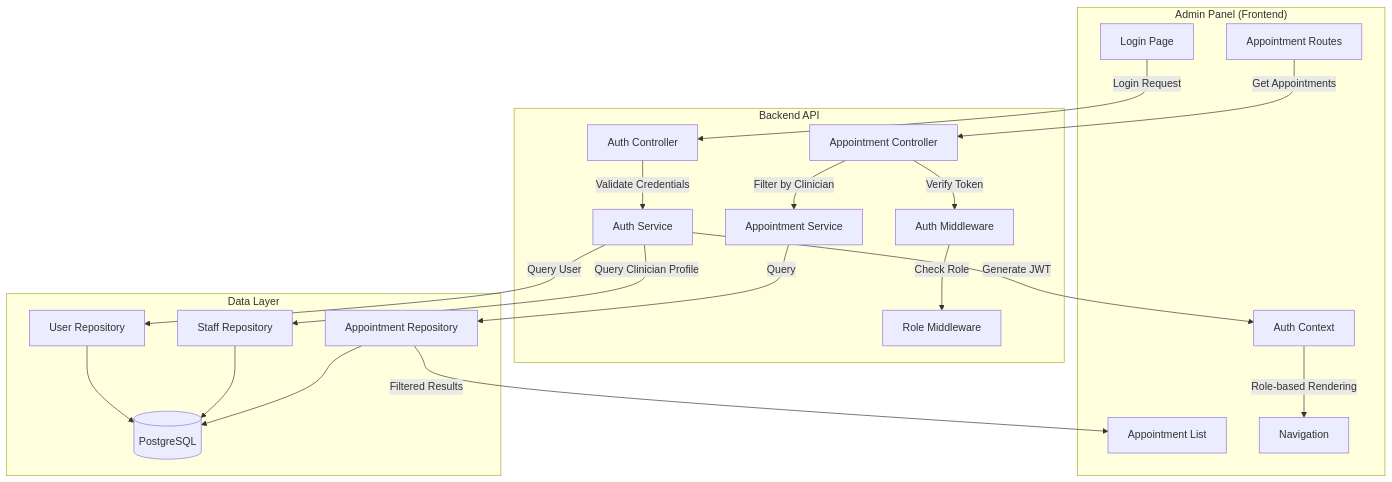
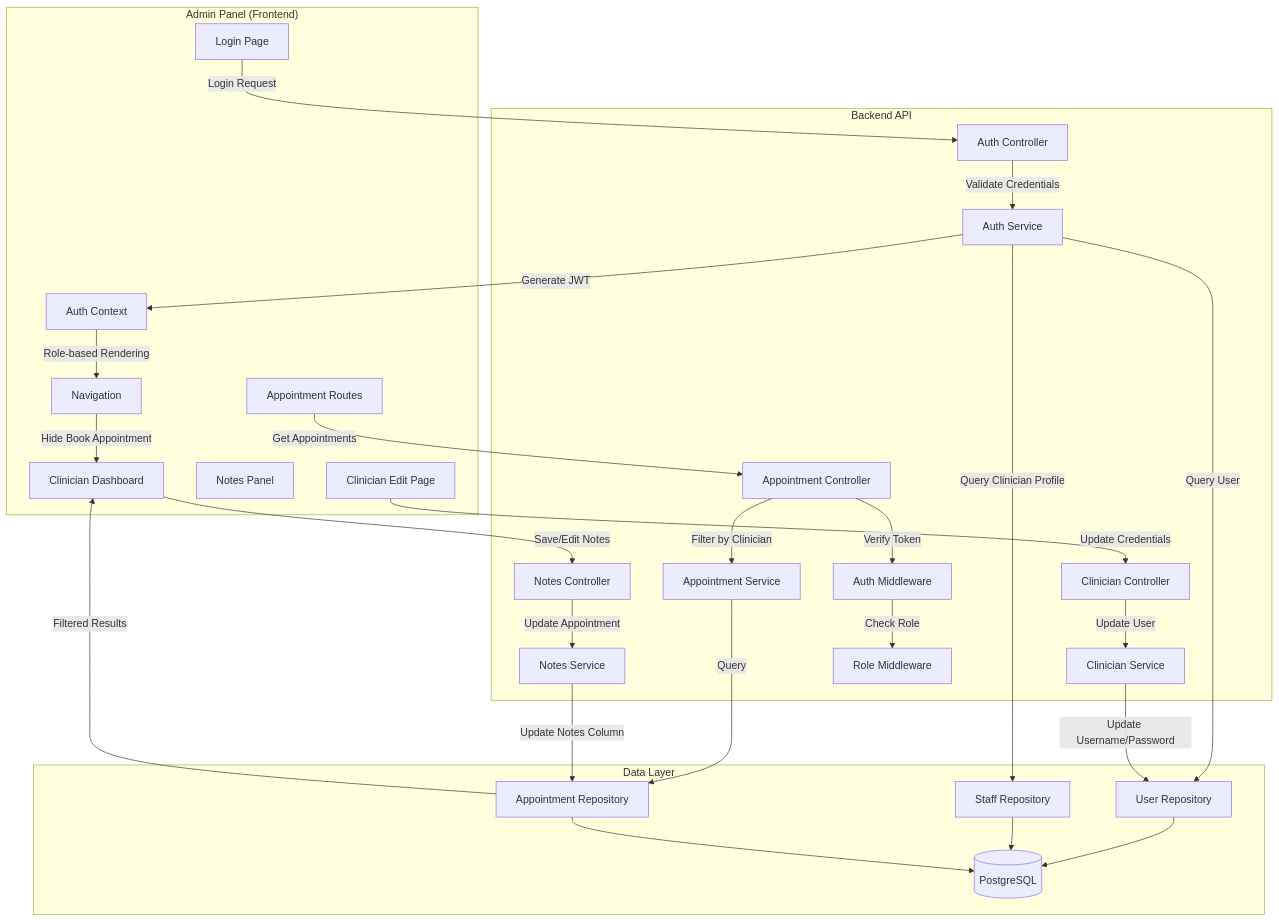
The first of 2 diagrams in .kiro/specs/clinician-admin-signin/design.md (NithinNazar/mibo-alt-v2), drawn with Mermaid before and after one commit. The commit also changed other lines of this file and 62 other files, not shown here.

````diff
--- a/.kiro/specs/clinician-admin-signin/design.md
+++ b/.kiro/specs/clinician-admin-signin/design.md
@@ -36,44 +46,59 @@
 ```mermaid
 graph TB
     subgraph "Admin Panel (Frontend)"
         LP[Login Page]
         AC[Auth Context]
         AR[Appointment Routes]
-        AL[Appointment List]
+        CD[Clinician Dashboard]
+        NP[Notes Panel]
         NAV[Navigation]
+        CEP[Clinician Edit Page]
     end
 
     subgraph "Backend API"
         AUTH[Auth Controller]
         AUTHSVC[Auth Service]
         APPTCTRL[Appointment Controller]
         APPTSVC[Appointment Service]
+        NOTESCTRL[Notes Controller]
+        NOTESSVC[Notes Service]
+        CLINCTRL[Clinician Controller]
+        CLINSVC[Clinician Service]
         AUTHMW[Auth Middleware]
         ROLEMW[Role Middleware]
     end
 
     subgraph "Data Layer"
         USERREPO[User Repository]
         STAFFREPO[Staff Repository]
         APPTREPO[Appointment Repository]
         DB[(PostgreSQL)]
     end
 
     LP -->|Login Request| AUTH
     AUTH -->|Validate Credentials| AUTHSVC
     AUTHSVC -->|Query User| USERREPO
     AUTHSVC -->|Query Clinician Profile| STAFFREPO
     USERREPO --> DB
     STAFFREPO --> DB
     AUTHSVC -->|Generate JWT| AC
 
     AR -->|Get Appointments| APPTCTRL
     APPTCTRL -->|Verify Token| AUTHMW
     AUTHMW -->|Check Role| ROLEMW
     APPTCTRL -->|Filter by Clinician| APPTSVC
     APPTSVC -->|Query| APPTREPO
     APPTREPO --> DB
-    APPTREPO -->|Filtered Results| AL
+    APPTREPO -->|Filtered Results| CD
+
+    CD -->|Save/Edit Notes| NOTESCTRL
+    NOTESCTRL -->|Update Appointment| NOTESSVC
+    NOTESSVC -->|Update Notes Column| APPTREPO
+
+    CEP -->|Update Credentials| CLINCTRL
+    CLINCTRL -->|Update User| CLINSVC
+    CLINSVC -->|Update Username/Password| USERREPO
 
     AC -->|Role-based Rendering| NAV
+    NAV -->|Hide Book Appointment| CD
 ```
````
